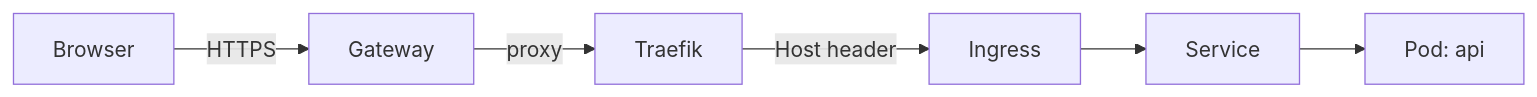
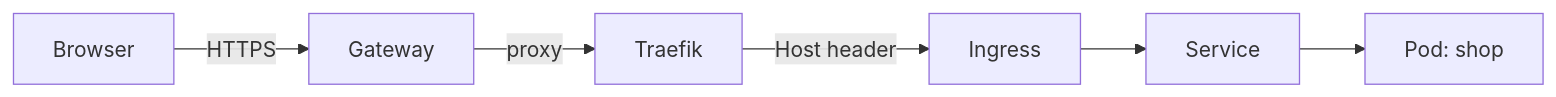
Before and after one commit to getkipper/kipper: the first of 2 diagrams in docs/en/deploying-apps.md, drawn with Mermaid. The commit also changed other lines of this file and 3 other files, not shown here.

````diff
--- a/docs/en/deploying-apps.md
+++ b/docs/en/deploying-apps.md
@@ -38,8 +39,8 @@
 ```mermaid
 flowchart LR
     Browser -->|HTTPS| Gateway
     Gateway -->|proxy| Traefik
     Traefik -->|Host header| Ingress
     Ingress --> Service
-    Service --> Pod[Pod: api]
+    Service --> Pod[Pod: shop]
 ```
````
